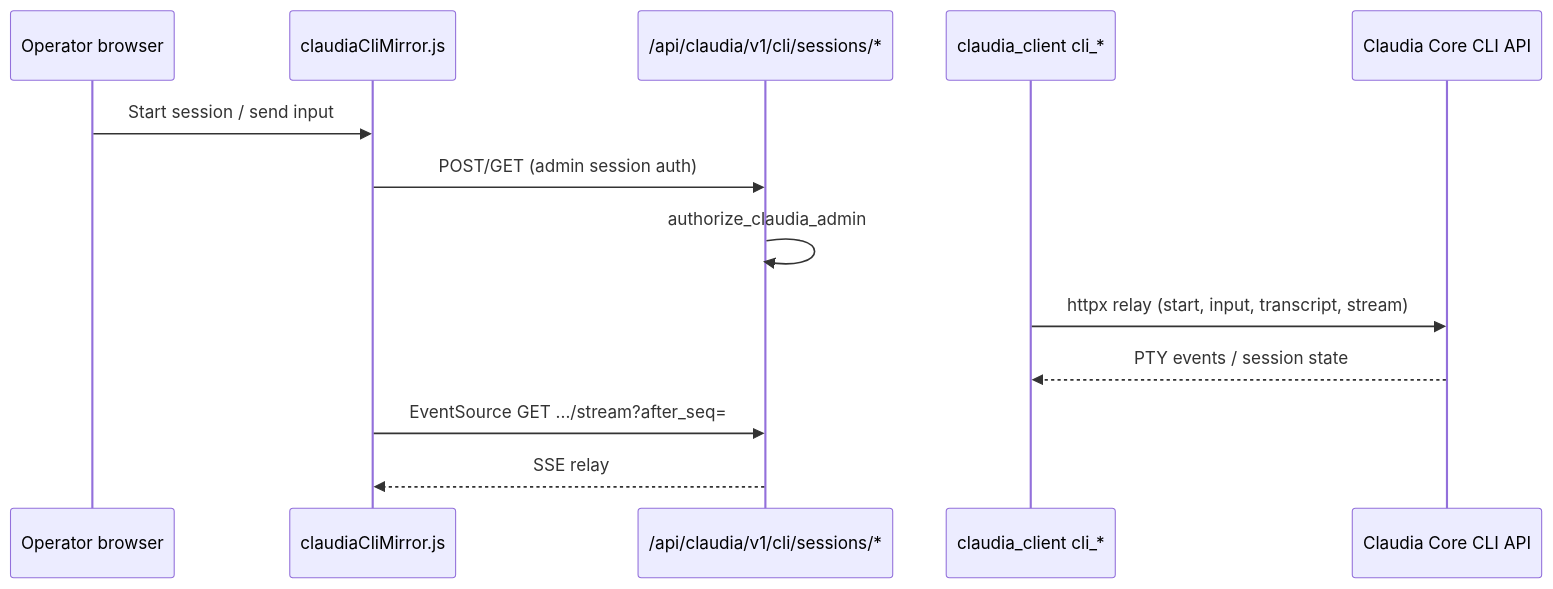
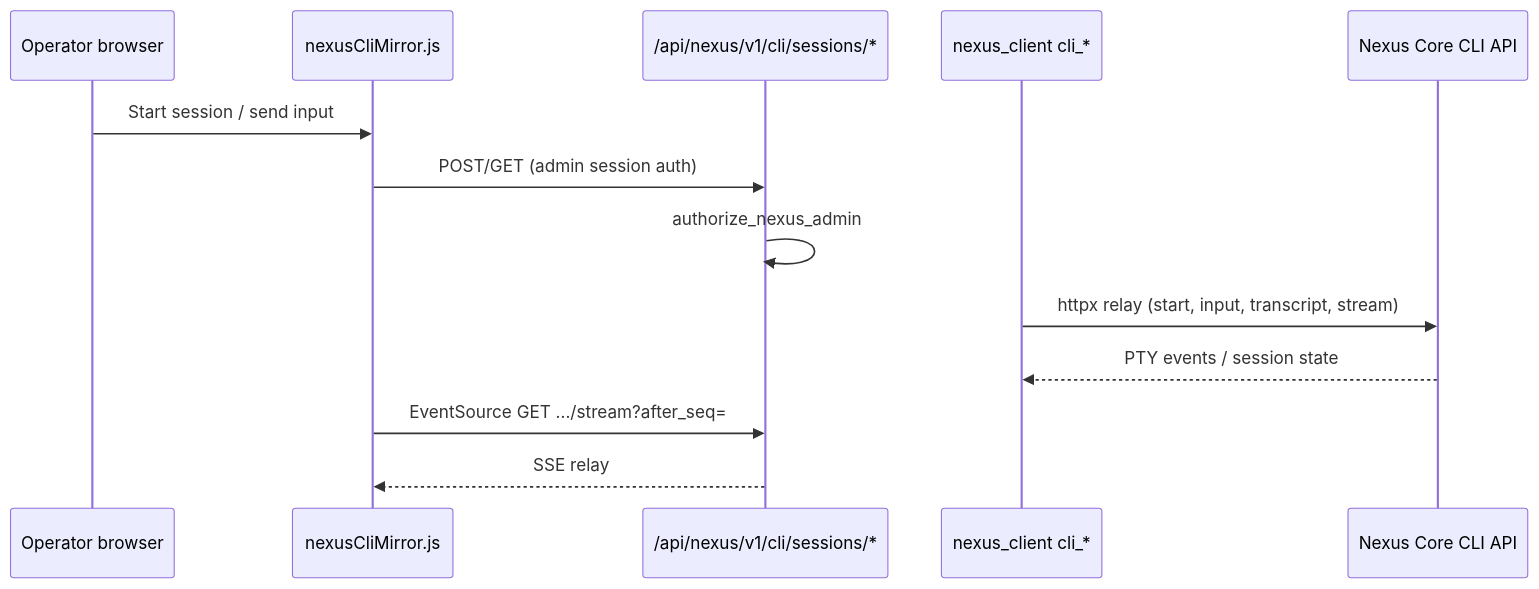
Before and after one commit to bretthoffmansage/nexus: the fourth of 8 diagrams in docs/specs/nexus_hosted_console_architecture_audit_v1.md, drawn with Mermaid. The commit also changed other lines of this file and 208 other files, not shown here.

````diff
--- a/docs/specs/nexus_hosted_console_architecture_audit_v1.md
+++ b/docs/specs/nexus_hosted_console_architecture_audit_v1.md
@@ -240,16 +240,16 @@
 ```mermaid
 sequenceDiagram
   participant U as Operator browser
-  participant CM as claudiaCliMirror.js
-  participant API as /api/claudia/v1/cli/sessions/*
-  participant CC as claudia_client cli_* 
-  participant Core as Claudia Core CLI API
+  participant CM as nexusCliMirror.js
+  participant API as /api/nexus/v1/cli/sessions/*
+  participant CC as nexus_client cli_* 
+  participant Core as Nexus Core CLI API
 
   U->>CM: Start session / send input
   CM->>API: POST/GET (admin session auth)
-  API->>API: authorize_claudia_admin
+  API->>API: authorize_nexus_admin
   CC->>Core: httpx relay (start, input, transcript, stream)
   Core-->>CC: PTY events / session state
   CM->>API: EventSource GET .../stream?after_seq=
   API-->>CM: SSE relay
 ```
````
